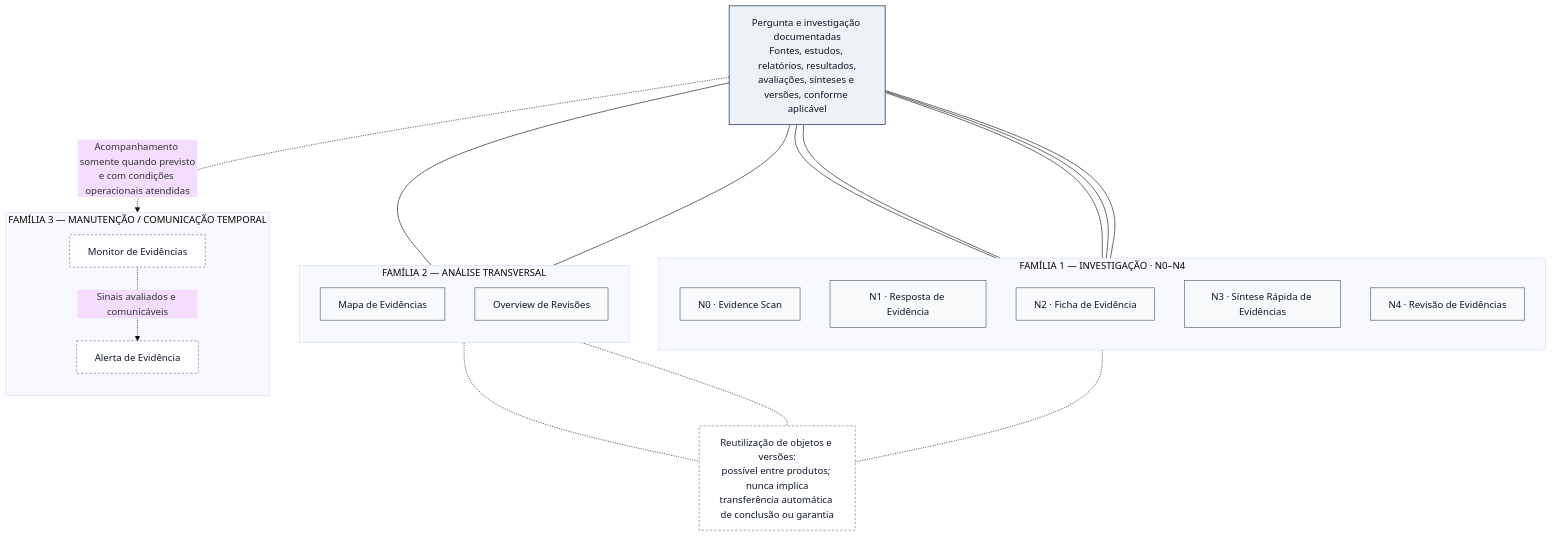
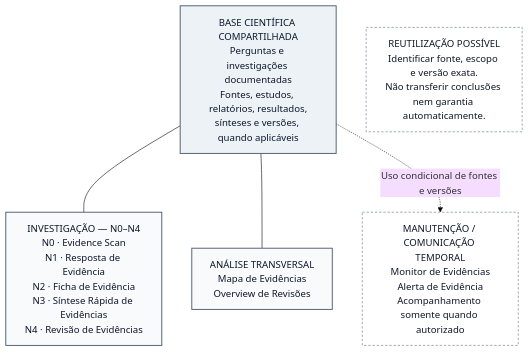
Before and after one commit to rogerio-raposo/observatorio-evidencias-saude: the diagram in docs/scientific-communication/figuras/figura-04-arquitetura-nove-produtos-prototipo.md, drawn with Mermaid (base theme). The commit also changed other lines of this file, not shown here.

Commit message:
docs: simplify Figure 4 product families and reuse semantics

````diff
--- a/docs/scientific-communication/figuras/figura-04-arquitetura-nove-produtos-prototipo.md
+++ b/docs/scientific-communication/figuras/figura-04-arquitetura-nove-produtos-prototipo.md
@@ -14,47 +14,21 @@
 ```mermaid
 flowchart TB
-    Q["Pergunta e investigação documentadas<br/>Fontes, estudos, relatórios, resultados,<br/>avaliações, sínteses e versões, conforme aplicável"]
+    Q["BASE CIENTÍFICA COMPARTILHADA<br/>Perguntas e investigações documentadas<br/>Fontes, estudos, relatórios, resultados,<br/>sínteses e versões, quando aplicáveis"]
 
-    subgraph F1["FAMÍLIA 1 — INVESTIGAÇÃO · N0–N4"]
-      direction TB
-      N0["N0 · Evidence Scan"]
-      N1["N1 · Resposta de Evidência"]
-      N2["N2 · Ficha de Evidência"]
-      N3["N3 · Síntese Rápida de Evidências"]
-      N4["N4 · Revisão de Evidências"]
-    end
+    F1["INVESTIGAÇÃO — N0–N4<br/>N0 · Evidence Scan<br/>N1 · Resposta de Evidência<br/>N2 · Ficha de Evidência<br/>N3 · Síntese Rápida de Evidências<br/>N4 · Revisão de Evidências"]
+    F2["ANÁLISE TRANSVERSAL<br/>Mapa de Evidências<br/>Overview de Revisões"]
+    F3["MANUTENÇÃO / COMUNICAÇÃO TEMPORAL<br/>Monitor de Evidências<br/>Alerta de Evidência<br/>Acompanhamento somente quando autorizado"]
 
-    subgraph F2["FAMÍLIA 2 — ANÁLISE TRANSVERSAL"]
-      direction TB
-      MAP["Mapa de Evidências"]
-      OVR["Overview de Revisões"]
-    end
+    Q --- F1
+    Q --- F2
+    Q -. "Uso condicional de fontes e versões" .-> F3
 
-    subgraph F3["FAMÍLIA 3 — MANUTENÇÃO / COMUNICAÇÃO TEMPORAL"]
-      direction TB
-      MON["Monitor de Evidências"]
-      ALT["Alerta de Evidência"]
-    end
-
-    Q --- N0
-    Q --- N1
-    Q --- N2
-    Q --- N3
-    Q --- N4
-    Q --- MAP
-    Q --- OVR
-    Q -. "Acompanhamento somente quando previsto<br/>e com condições operacionais atendidas" .-> MON
-    MON -. "Sinais avaliados e comunicáveis" .-> ALT
-
-    D["Reutilização de objetos e versões:<br/>possível entre produtos; nunca implica<br/>transferência automática de conclusão ou garantia"]
-    N2 -.- D
-    MAP -.- D
-    OVR -.- D
+    D["REUTILIZAÇÃO POSSÍVEL<br/>Identificar fonte, escopo e versão exata.<br/>Não transferir conclusões nem garantia automaticamente."]
 
     classDef base fill:#EDF2F7,stroke:#475569,color:#0F172A,stroke-width:1.5px
-    classDef product fill:#F8FAFC,stroke:#475569,color:#0F172A,stroke-width:1px
+    classDef family fill:#F8FAFC,stroke:#475569,color:#0F172A,stroke-width:1.5px
     classDef conditional fill:#FFFFFF,stroke:#64748B,color:#0F172A,stroke-dasharray:4 3
     class Q base
-    class N0,N1,N2,N3,N4,MAP,OVR product
-    class MON,ALT,D conditional
+    class F1,F2 family
+    class F3,D conditional
 ```
````
